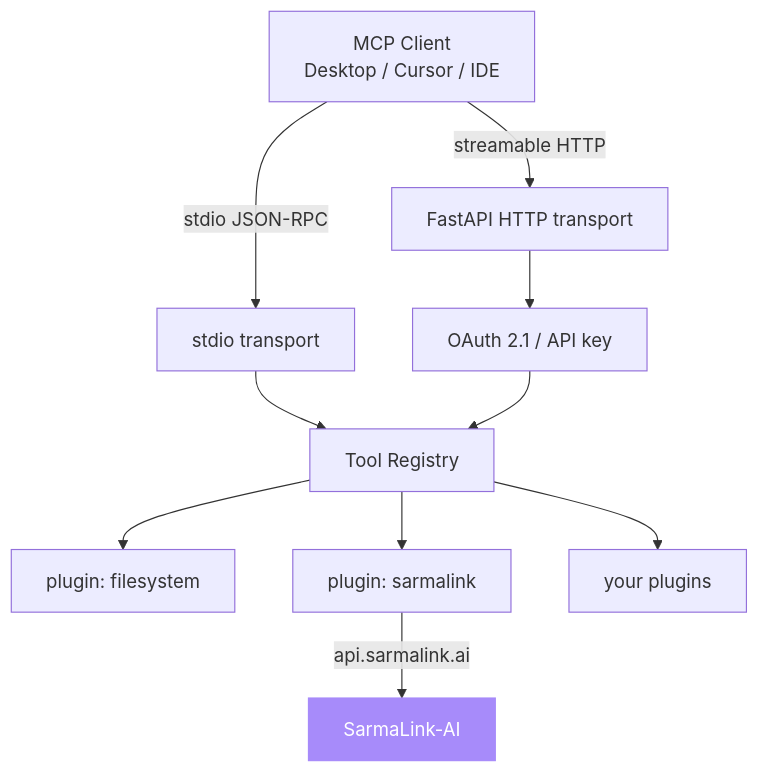
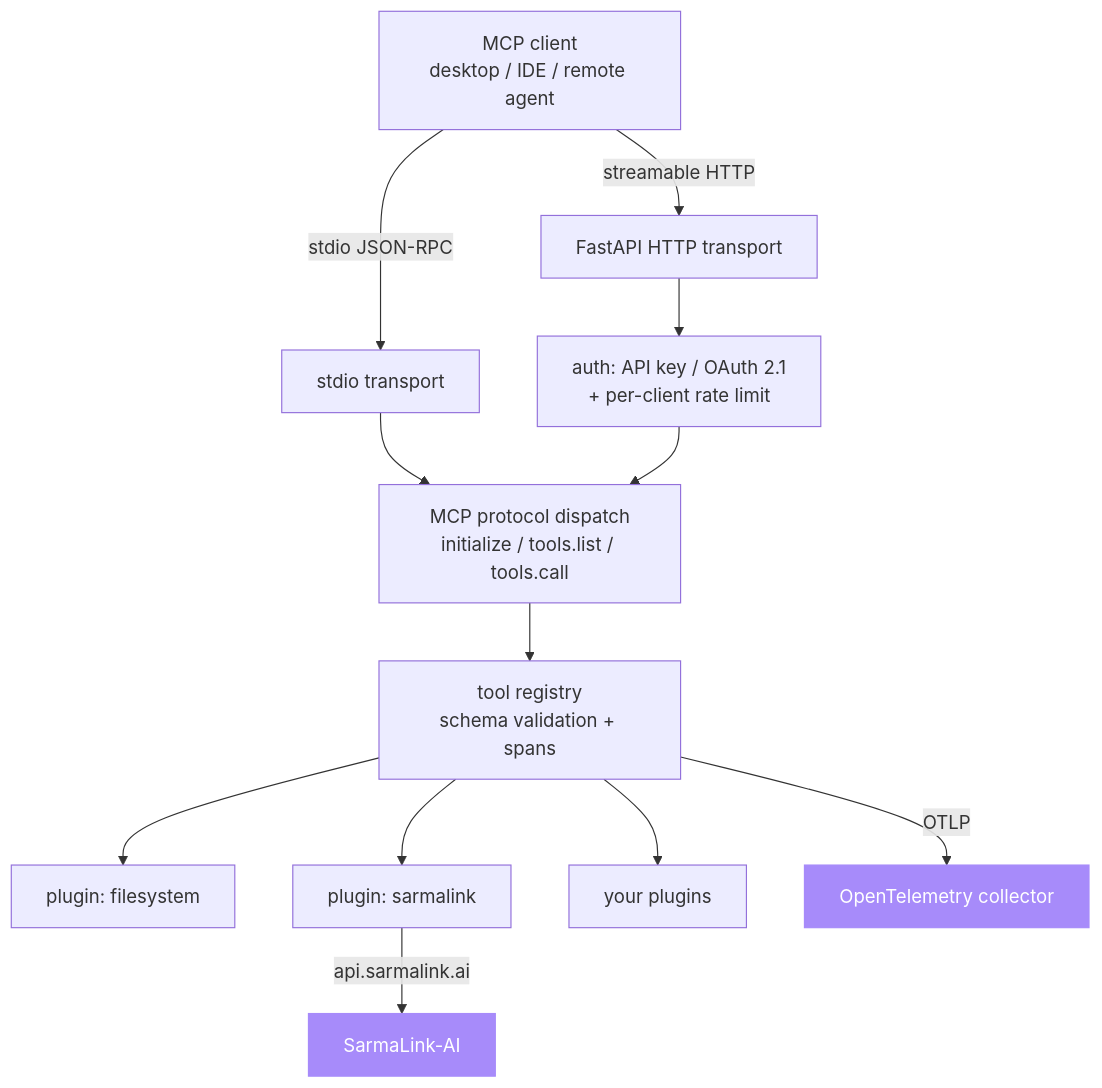
One commit to sarmakska/mcp-server-toolkit changed the diagram in README.md. Above: the diagram before and after it, drawn with Mermaid. The commit also changed other lines of this file and 7 other files, not shown here.

First line of the commit message:
docs: rewrite README and add ARCHITECTURE, ROADMAP, CHANGELOG and examples

````diff
--- a/README.md
+++ b/README.md
@@ -24,16 +20,18 @@
 ```mermaid
 graph TD
-  Client[MCP Client<br/>Desktop / Cursor / IDE]
+  Client[MCP client<br/>desktop / IDE / remote agent]
   Client -->|stdio JSON-RPC| Stdio[stdio transport]
   Client -->|streamable HTTP| HTTP[FastAPI HTTP transport]
-  Stdio --> Reg[Tool Registry]
-  HTTP --> Auth[OAuth 2.1 / API key]
-  Auth --> Reg
+  HTTP --> Auth[auth: API key / OAuth 2.1<br/>+ per-client rate limit]
+  Stdio --> Proto[MCP protocol dispatch<br/>initialize / tools.list / tools.call]
+  Auth --> Proto
+  Proto --> Reg[tool registry<br/>schema validation + spans]
   Reg --> P1[plugin: filesystem]
   Reg --> P2[plugin: sarmalink]
   Reg --> P3[your plugins]
+  Reg -->|OTLP| OTEL[OpenTelemetry collector]
   P2 -->|api.sarmalink.ai| SLAI[SarmaLink-AI]
 
   classDef ext fill:#a78bfa,stroke:#a78bfa,color:#fff
-  class SLAI ext
+  class SLAI,OTEL ext
 ```
````
